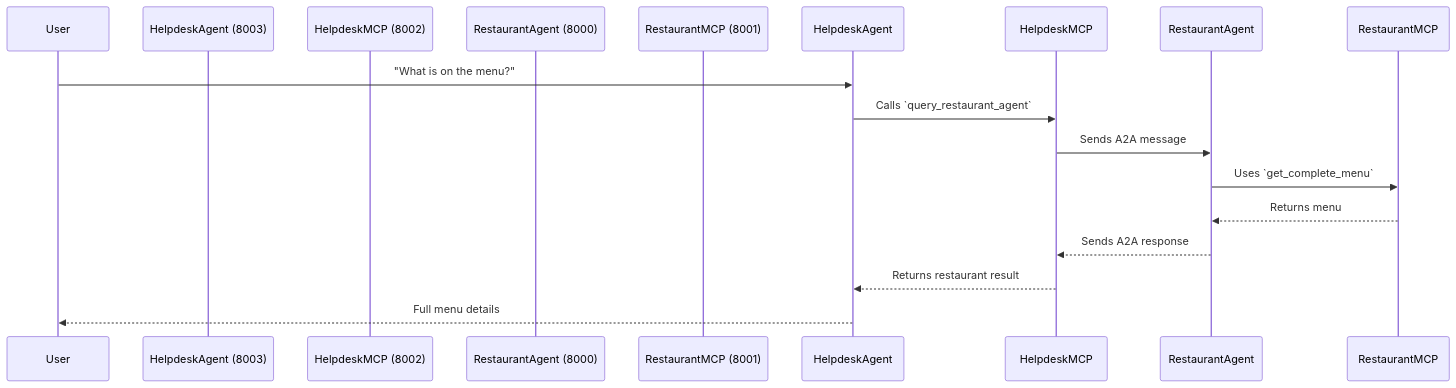
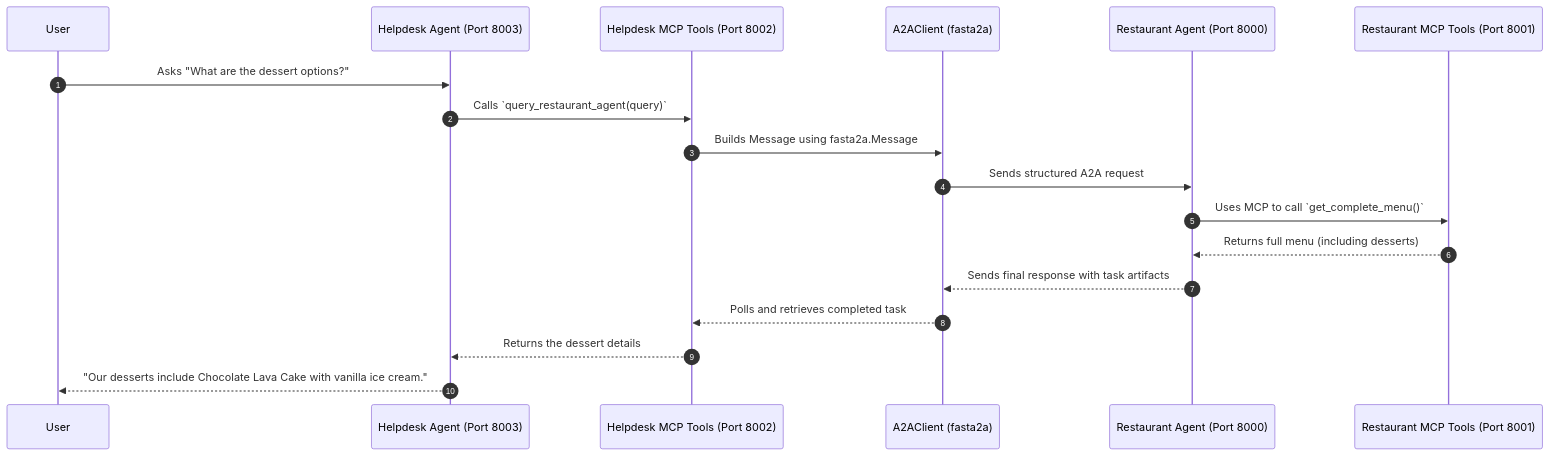
One commit to commitbyrajat/a2a-pydantic-ai changed the diagram in README.md. Above: the diagram before and after it, drawn with Mermaid.

````diff
--- a/README.md
+++ b/README.md
@@ -196,17 +196,27 @@
 ```mermaid
 sequenceDiagram
+    autonumber
+
     participant User
-    participant HelpdeskAgent (8003)
-    participant HelpdeskMCP (8002)
-    participant RestaurantAgent (8000)
-    participant RestaurantMCP (8001)
+    participant HelpdeskAgent as Helpdesk Agent (Port 8003)
+    participant HelpdeskMCP as Helpdesk MCP Tools (Port 8002)
+    participant A2AClient as A2AClient (fasta2a)
+    participant RestaurantAgent as Restaurant Agent (Port 8000)
+    participant RestaurantMCP as Restaurant MCP Tools (Port 8001)
 
-    User->>HelpdeskAgent: "What is on the menu?"
-    HelpdeskAgent->>HelpdeskMCP: Calls `query_restaurant_agent`
-    HelpdeskMCP->>RestaurantAgent: Sends A2A message
-    RestaurantAgent->>RestaurantMCP: Uses `get_complete_menu`
-    RestaurantMCP-->>RestaurantAgent: Returns menu
-    RestaurantAgent-->>HelpdeskMCP: Sends A2A response
-    HelpdeskMCP-->>HelpdeskAgent: Returns restaurant result
-    HelpdeskAgent-->>User: Full menu details
+    User->>HelpdeskAgent: Asks "What are the dessert options?"
+
+    HelpdeskAgent->>HelpdeskMCP: Calls `query_restaurant_agent(query)`
+
+    HelpdeskMCP->>A2AClient: Builds Message using fasta2a.Message
+    A2AClient->>RestaurantAgent: Sends structured A2A request
+
+    RestaurantAgent->>RestaurantMCP: Uses MCP to call `get_complete_menu()`
+    RestaurantMCP-->>RestaurantAgent: Returns full menu (including desserts)
+
+    RestaurantAgent-->>A2AClient: Sends final response with task artifacts
+    A2AClient-->>HelpdeskMCP: Polls and retrieves completed task
+
+    HelpdeskMCP-->>HelpdeskAgent: Returns the dessert details
+    HelpdeskAgent-->>User: "Our desserts include Chocolate Lava Cake with vanilla ice cream."
 ```
````
